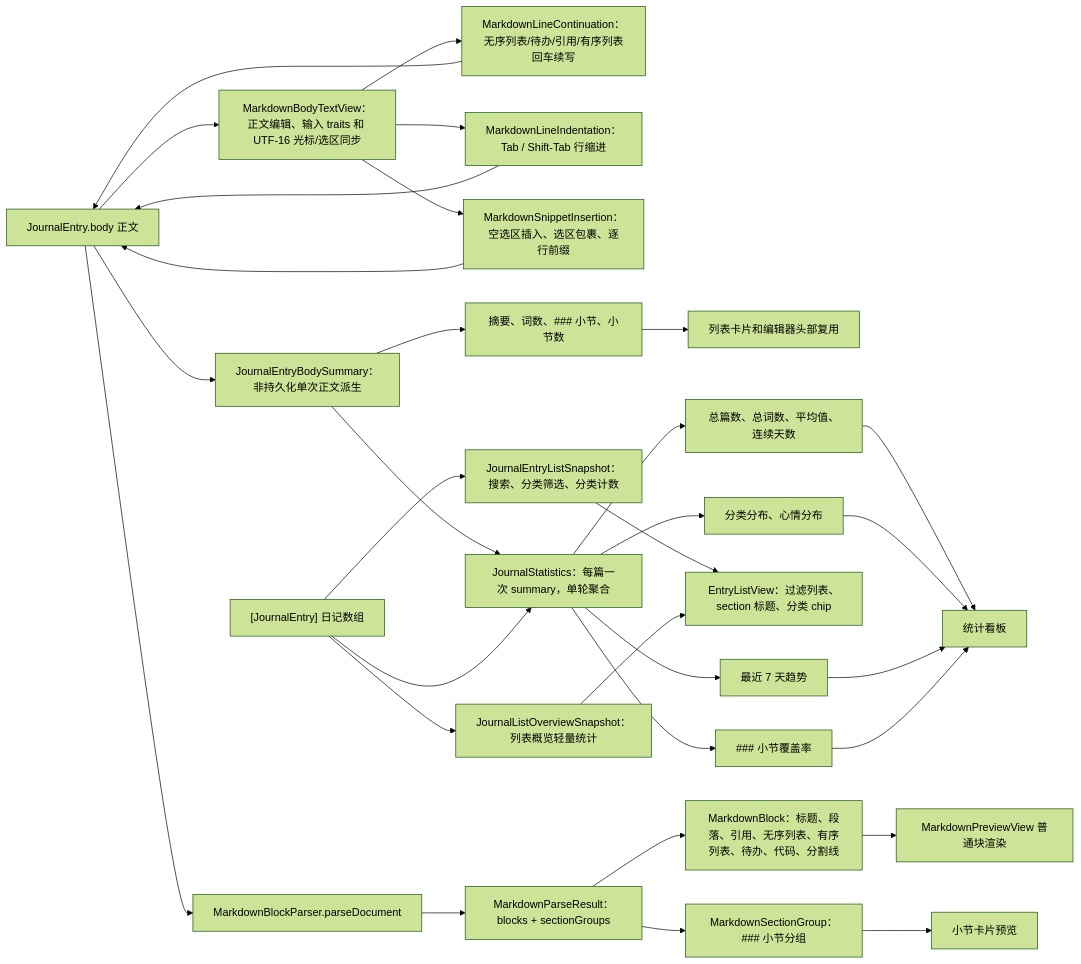
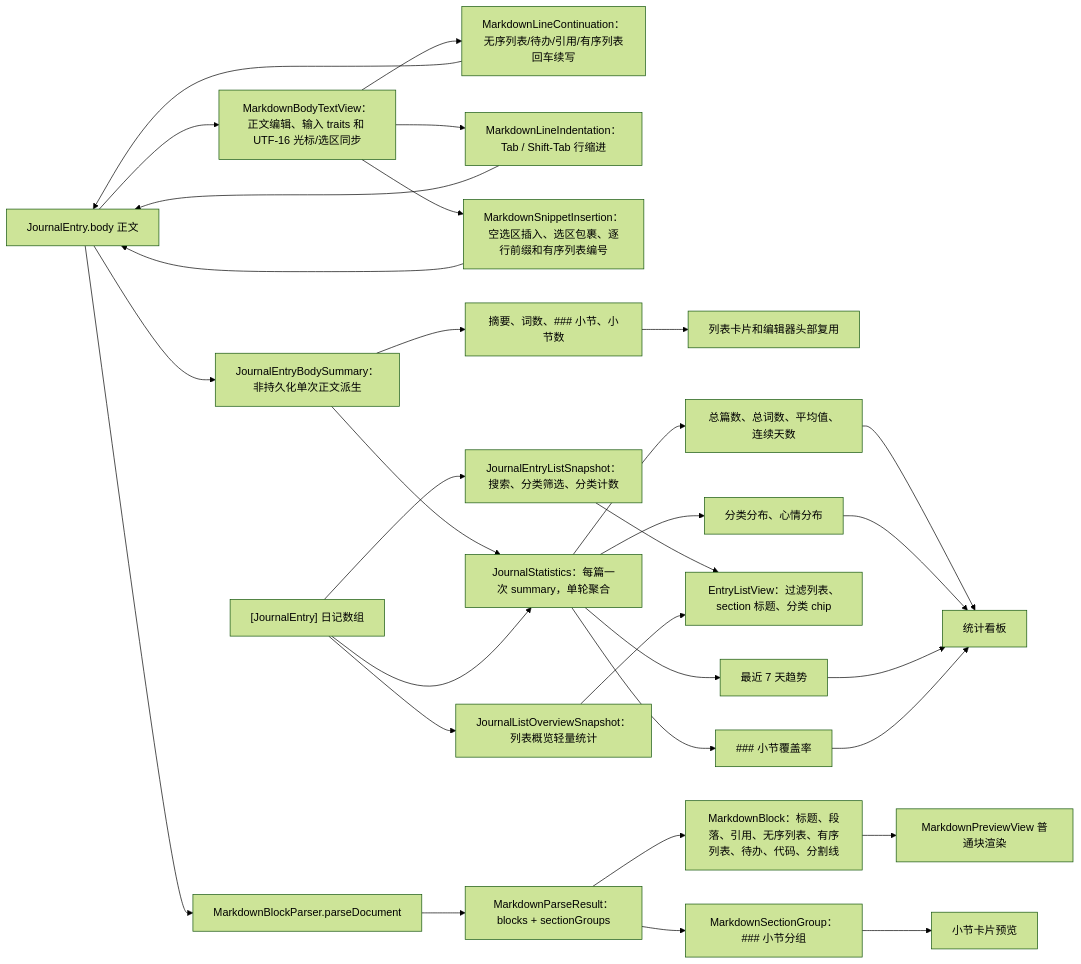
The fourth of 6 diagrams in md/flow/flowchart.md (Altman-sam114/117), drawn with Mermaid (forest theme) before and after one commit. The commit also changed other lines of this file and 10 other files, not shown here.

````diff
--- a/md/flow/flowchart.md
+++ b/md/flow/flowchart.md
@@ -117,33 +117,33 @@
 ```mermaid
 flowchart LR
   Body["JournalEntry.body 正文"] --> Summary["JournalEntryBodySummary：非持久化单次正文派生"]
   Body --> BodyText["MarkdownBodyTextView：正文编辑、输入 traits 和 UTF-16 光标/选区同步"]
   BodyText --> ContinueRule["MarkdownLineContinuation：无序列表/待办/引用/有序列表回车续写"]
   ContinueRule --> Body
   BodyText --> IndentRule["MarkdownLineIndentation：Tab / Shift-Tab 行缩进"]
   IndentRule --> Body
-  BodyText --> InsertRule["MarkdownSnippetInsertion：空选区插入、选区包裹、逐行前缀"]
+  BodyText --> InsertRule["MarkdownSnippetInsertion：空选区插入、选区包裹、逐行前缀和有序列表编号"]
   InsertRule --> Body
   Summary --> Excerpt["摘要、词数、### 小节、小节数"]
   Excerpt --> RowEditor["列表卡片和编辑器头部复用"]
   Summary --> Statistics["JournalStatistics：每篇一次 summary，单轮聚合"]
   Body --> Parse["MarkdownBlockParser.parseDocument"]
   Parse --> Result["MarkdownParseResult：blocks + sectionGroups"]
   Result --> Blocks["MarkdownBlock：标题、段落、引用、无序列表、有序列表、待办、代码、分割线"]
   Blocks --> Preview["MarkdownPreviewView 普通块渲染"]
   Result --> Sections["MarkdownSectionGroup：### 小节分组"]
   Sections --> SectionPreview["小节卡片预览"]
   Entries["[JournalEntry] 日记数组"] --> Statistics
   Entries --> ListSnapshot2["JournalEntryListSnapshot：搜索、分类筛选、分类计数"]
   ListSnapshot2 --> ListView["EntryListView：过滤列表、section 标题、分类 chip"]
   Entries --> ListOverview2["JournalListOverviewSnapshot：列表概览轻量统计"]
   ListOverview2 --> ListView
   Statistics --> Metrics["总篇数、总词数、平均值、连续天数"]
   Statistics --> Distributions["分类分布、心情分布"]
   Statistics --> Trend["最近 7 天趋势"]
   Statistics --> Coverage["### 小节覆盖率"]
   Metrics --> Dashboard["统计看板"]
   Distributions --> Dashboard
   Trend --> Dashboard
   Coverage --> Dashboard
 ```
````
